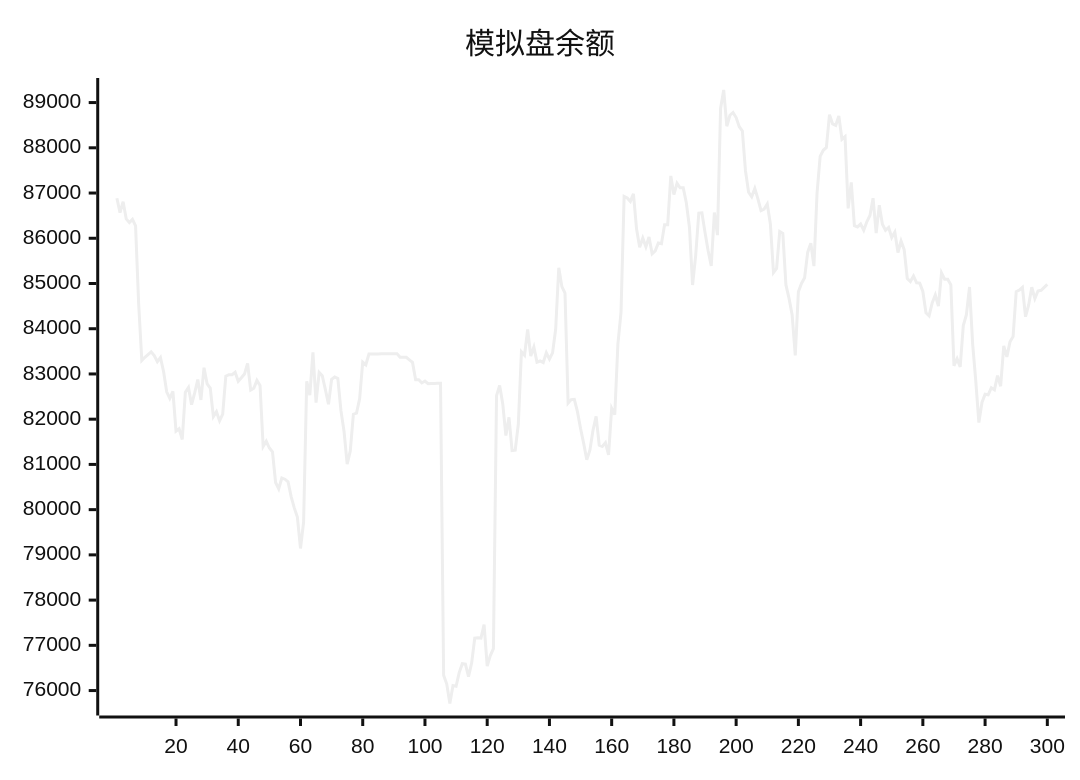
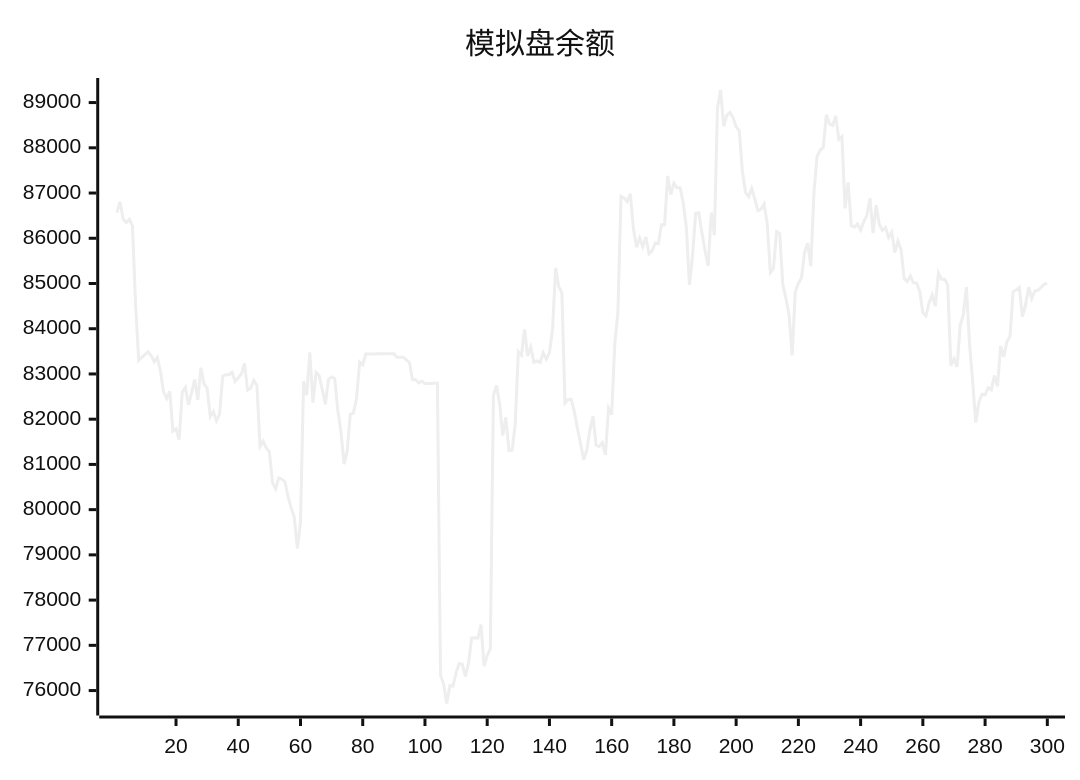
Before and after one commit to aahl/ai-trading: the diagram in README.md, drawn with Mermaid (neutral theme). The commit also changed other lines of this file and 1 other file, not shown here.

````diff
--- a/README.md
+++ b/README.md
@@ -5,5 +5,5 @@
 ```mermaid
 xychart
     title "模拟盘余额"
-    line [86885,86566,86809,86427,86348,86417,86273,84538,83299,83369,83430,83490,83404,83270,83362,83056,82605,82459,82614,81734,81788,81551,82598,82702,82320,82580,82878,82426,83139,82778,82686,82056,82166,81963,82110,82951,82983,82984,83038,82838,82915,82998,83235,82642,82682,82858,82746,81396,81512,81362,81277,80600,80461,80699,80673,80616,80288,80038,79836,79142,79722,82837,82533,83480,82366,83032,82960,82654,82330,82883,82934,82901,82188,81728,81005,81298,82110,82135,82449,83264,83203,83440,83439,83440,83440,83446,83447,83448,83447,83448,83449,83369,83369,83369,83313,83256,82872,82873,82801,82844,82785,82791,82791,82793,82794,76339,76145,75714,76110,76096,76397,76594,76585,76310,76607,77160,77170,77160,77456,76541,76774,76927,82520,82744,82337,81639,82040,81307,81314,81887,83490,83414,83984,83396,83594,83261,83287,83253,83470,83327,83465,83987,85348,84930,84786,82355,82433,82438,82167,81795,81466,81105,81315,81756,82064,81426,81398,81481,81210,82242,82099,83658,84359,86925,86892,86814,86980,86203,85802,86003,85811,86028,85657,85721,85896,85880,86300,86299,87378,86965,87214,87115,87118,86780,86238,84966,85623,86555,86562,86129,85722,85387,86569,86070,88870,89278,88477,88720,88781,88668,88467,88372,87493,87018,86917,87102,86870,86613,86644,86758,86317,85242,85334,86149,86106,84968,84671,84302,83410,84816,85001,85127,85693,85891,85384,87001,87811,87945,88007,88734,88528,88495,88705,88189,88248,86662,87234,86279,86251,86314,86177,86364,86503,86886,86114,86731,86310,86176,86240,86017,86136,85685,85938,85749,85111,85044,85164,85016,85008,84824,84354,84287,84572,84745,84500,85234,85096,85095,84970,83180,83338,83157,84070,84309,84922,83667,82850,81924,82369,82552,82539,82695,82648,82962,82728,83619,83378,83710,83825,84819,84854,84917,84265,84527,84919,84668,84834,84850,84916,84981]
+    line [86566,86809,86427,86348,86417,86273,84538,83299,83369,83430,83490,83404,83270,83362,83056,82605,82459,82614,81734,81788,81551,82598,82702,82320,82580,82878,82426,83139,82778,82686,82056,82166,81963,82110,82951,82983,82984,83038,82838,82915,82998,83235,82642,82682,82858,82746,81396,81512,81362,81277,80600,80461,80699,80673,80616,80288,80038,79836,79142,79722,82837,82533,83480,82366,83032,82960,82654,82330,82883,82934,82901,82188,81728,81005,81298,82110,82135,82449,83264,83203,83440,83439,83440,83440,83446,83447,83448,83447,83448,83449,83369,83369,83369,83313,83256,82872,82873,82801,82844,82785,82791,82791,82793,82794,76339,76145,75714,76110,76096,76397,76594,76585,76310,76607,77160,77170,77160,77456,76541,76774,76927,82520,82744,82337,81639,82040,81307,81314,81887,83490,83414,83984,83396,83594,83261,83287,83253,83470,83327,83465,83987,85348,84930,84786,82355,82433,82438,82167,81795,81466,81105,81315,81756,82064,81426,81398,81481,81210,82242,82099,83658,84359,86925,86892,86814,86980,86203,85802,86003,85811,86028,85657,85721,85896,85880,86300,86299,87378,86965,87214,87115,87118,86780,86238,84966,85623,86555,86562,86129,85722,85387,86569,86070,88870,89278,88477,88720,88781,88668,88467,88372,87493,87018,86917,87102,86870,86613,86644,86758,86317,85242,85334,86149,86106,84968,84671,84302,83410,84816,85001,85127,85693,85891,85384,87001,87811,87945,88007,88734,88528,88495,88705,88189,88248,86662,87234,86279,86251,86314,86177,86364,86503,86886,86114,86731,86310,86176,86240,86017,86136,85685,85938,85749,85111,85044,85164,85016,85008,84824,84354,84287,84572,84745,84500,85234,85096,85095,84970,83180,83338,83157,84070,84309,84922,83667,82850,81924,82369,82552,82539,82695,82648,82962,82728,83619,83378,83710,83825,84819,84854,84917,84265,84527,84919,84668,84834,84850,84916,84981,85004]
 ```
````
